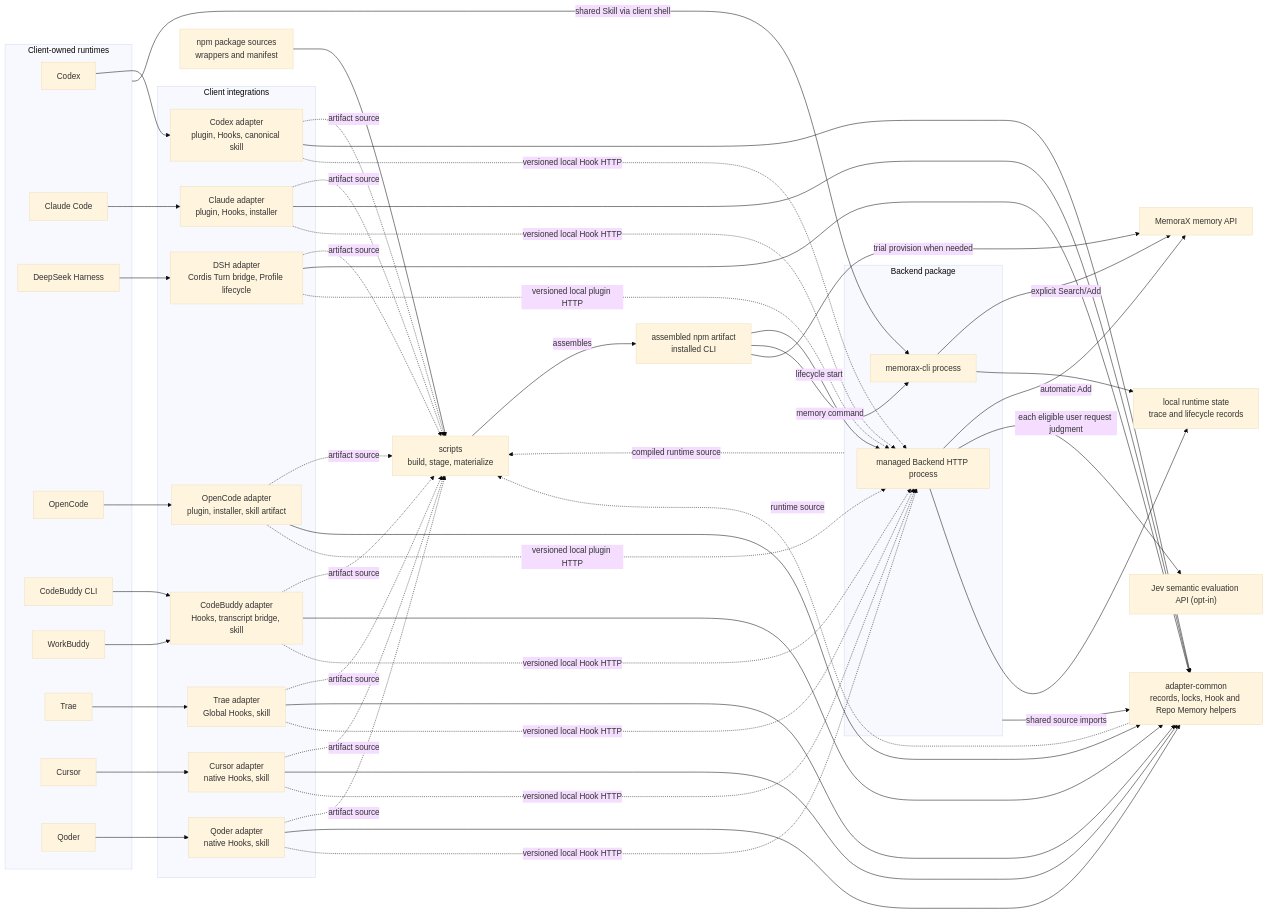
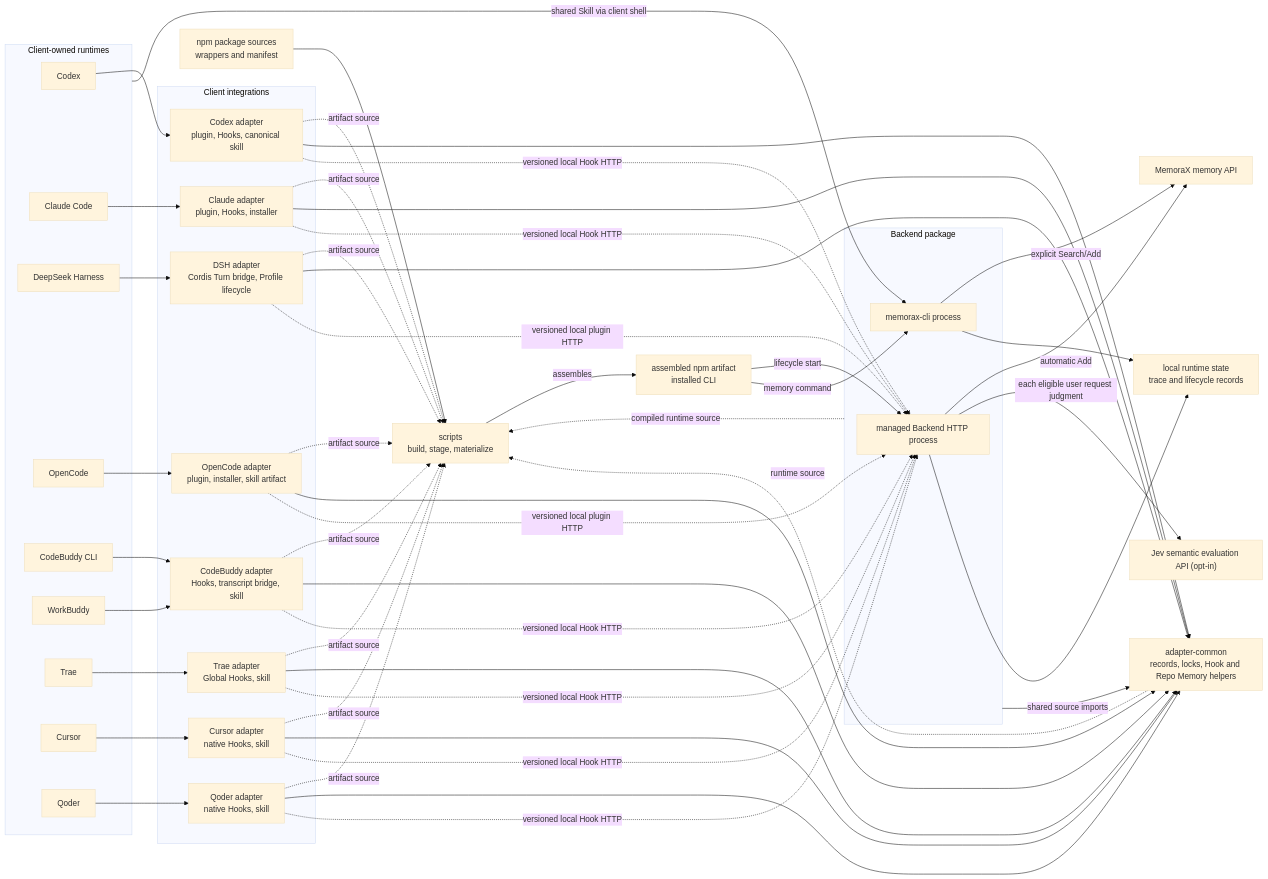
The first of 7 diagrams in ARCHITECTURE.md (memorax-ai/memorax-code), drawn with Mermaid (base theme) before and after one commit. The commit also changed other lines of this file and 18 other files, not shown here.

```diff
--- a/ARCHITECTURE.md
+++ b/ARCHITECTURE.md
@@ -92,7 +92,6 @@
   Build -->|"assembles"| Artifact
   Artifact -->|"lifecycle start"| Service
   Artifact -->|"memory command"| MemoryCLI
-  Artifact -->|"trial provision when needed"| MemoraX
 
   Backend -->|"shared source imports"| Common
   CodexAdapter --> Common
```
